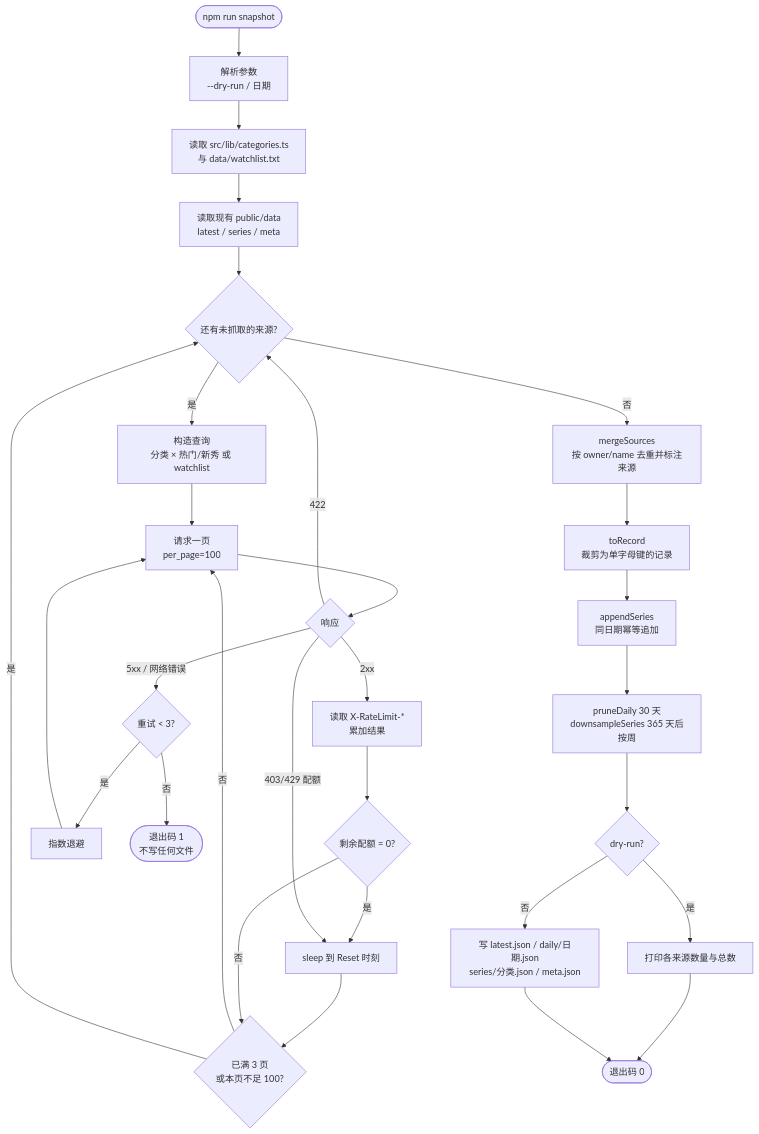
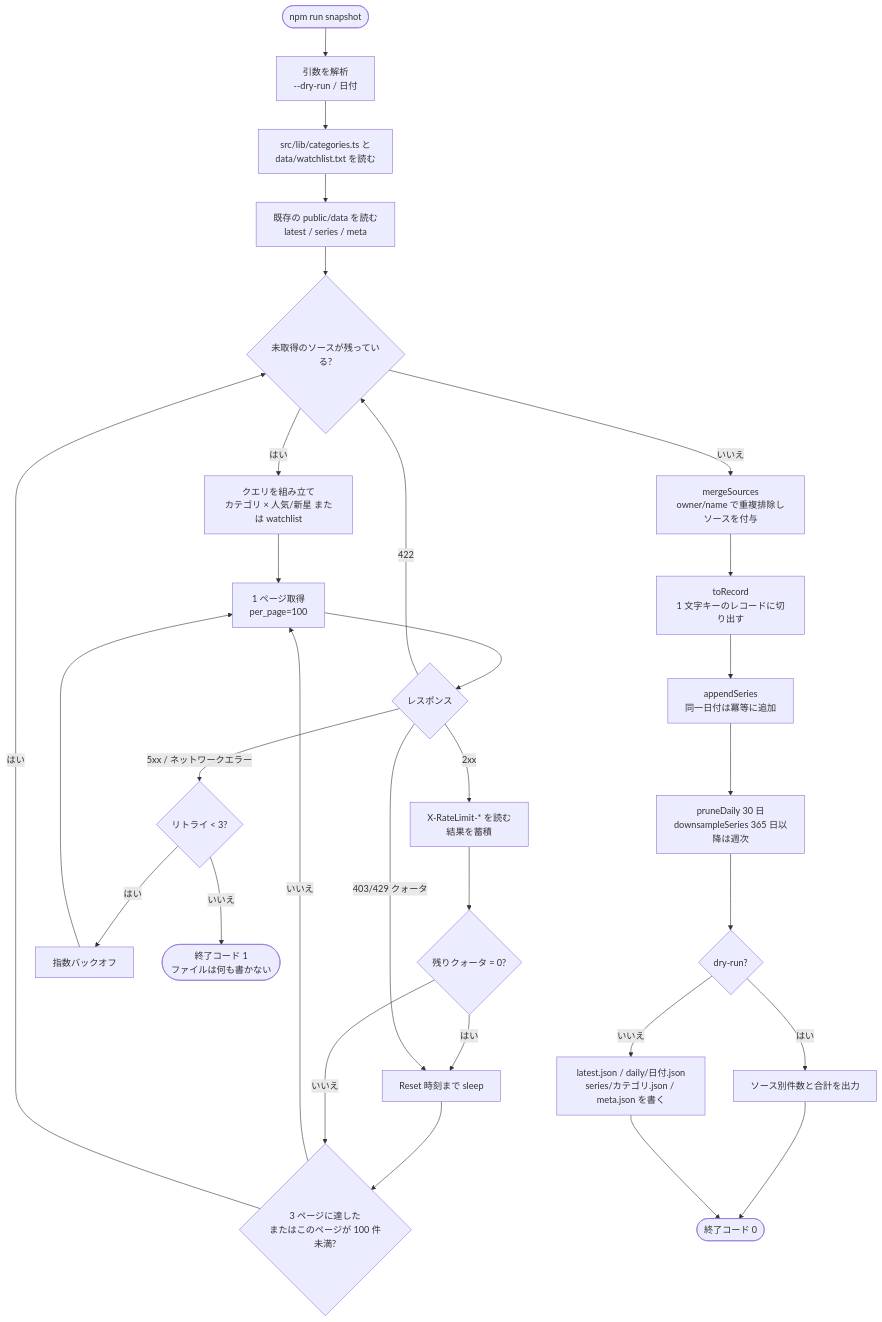
One commit to shiei/gh-radar changed the first of 2 diagrams in openspec/changes/archive/2026-10-21-daily-snapshot/design.md. Above: the diagram before and after it, drawn with Mermaid. The commit also changed other lines of this file and 45 other files, not shown here.

````diff
--- a/openspec/changes/archive/2026-10-21-daily-snapshot/design.md
+++ b/openspec/changes/archive/2026-10-21-daily-snapshot/design.md
@@ -38,29 +38,29 @@
 ```mermaid
 flowchart TD
-  A([npm run snapshot]) --> B[解析参数<br/>--dry-run / 日期]
-  B --> C[读取 src/lib/categories.ts<br/>与 data/watchlist.txt]
-  C --> D[读取现有 public/data<br/>latest / series / meta]
-  D --> E{还有未抓取的来源?}
-  E -- 是 --> F[构造查询<br/>分类 × 热门/新秀 或 watchlist]
-  F --> G[请求一页<br/>per_page=100]
-  G --> H{响应}
-  H -- 2xx --> I[读取 X-RateLimit-*<br/>累加结果]
-  I --> J{剩余配额 = 0?}
-  J -- 是 --> K[sleep 到 Reset 时刻] --> L
-  J -- 否 --> L{已满 3 页<br/>或本页不足 100?}
-  L -- 否 --> G
-  L -- 是 --> E
+  A([npm run snapshot]) --> B[引数を解析<br/>--dry-run / 日付]
+  B --> C[src/lib/categories.ts と<br/>data/watchlist.txt を読む]
+  C --> D[既存の public/data を読む<br/>latest / series / meta]
+  D --> E{未取得のソースが残っている?}
+  E -- はい --> F[クエリを組み立て<br/>カテゴリ × 人気/新星 または watchlist]
+  F --> G[1 ページ取得<br/>per_page=100]
+  G --> H{レスポンス}
+  H -- 2xx --> I[X-RateLimit-* を読む<br/>結果を蓄積]
+  I --> J{残りクォータ = 0?}
+  J -- はい --> K[Reset 時刻まで sleep] --> L
+  J -- いいえ --> L{3 ページに達した<br/>またはこのページが 100 件未満?}
+  L -- いいえ --> G
+  L -- はい --> E
   H -- 422 --> E
-  H -- 5xx / 网络错误 --> M{重试 < 3?}
-  M -- 是 --> N[指数退避] --> G
-  M -- 否 --> X([退出码 1<br/>不写任何文件])
-  H -- 403/429 配额 --> K
-  E -- 否 --> O[mergeSources<br/>按 owner/name 去重并标注来源]
-  O --> P[toRecord<br/>裁剪为单字母键的记录]
-  P --> Q[appendSeries<br/>同日期幂等追加]
-  Q --> R[pruneDaily 30 天<br/>downsampleSeries 365 天后按周]
+  H -- 5xx / ネットワークエラー --> M{リトライ < 3?}
+  M -- はい --> N[指数バックオフ] --> G
+  M -- いいえ --> X([終了コード 1<br/>ファイルは何も書かない])
+  H -- 403/429 クォータ --> K
+  E -- いいえ --> O[mergeSources<br/>owner/name で重複排除しソースを付与]
+  O --> P[toRecord<br/>1 文字キーのレコードに切り出す]
+  P --> Q[appendSeries<br/>同一日付は冪等に追加]
+  Q --> R[pruneDaily 30 日<br/>downsampleSeries 365 日以降は週次]
   R --> S{dry-run?}
-  S -- 是 --> T[打印各来源数量与总数] --> Y([退出码 0])
-  S -- 否 --> U[写 latest.json / daily/日期.json<br/>series/分类.json / meta.json]
+  S -- はい --> T[ソース別件数と合計を出力] --> Y([終了コード 0])
+  S -- いいえ --> U[latest.json / daily/日付.json<br/>series/カテゴリ.json / meta.json を書く]
   U --> Y
 ```
````
